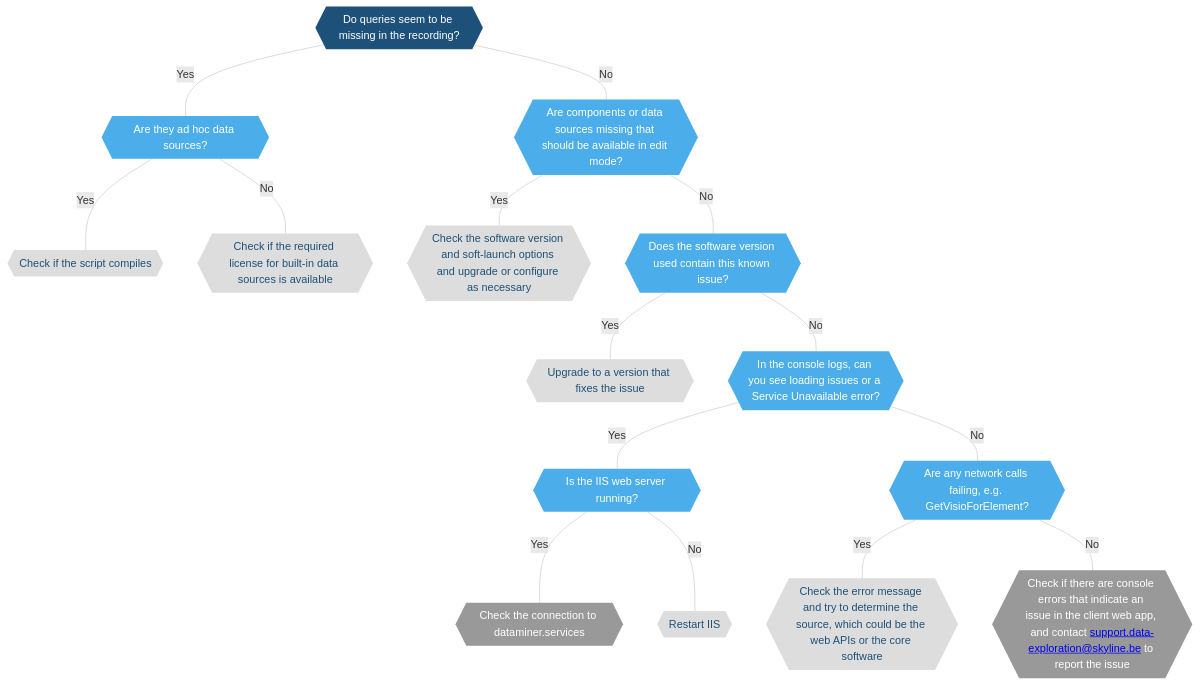
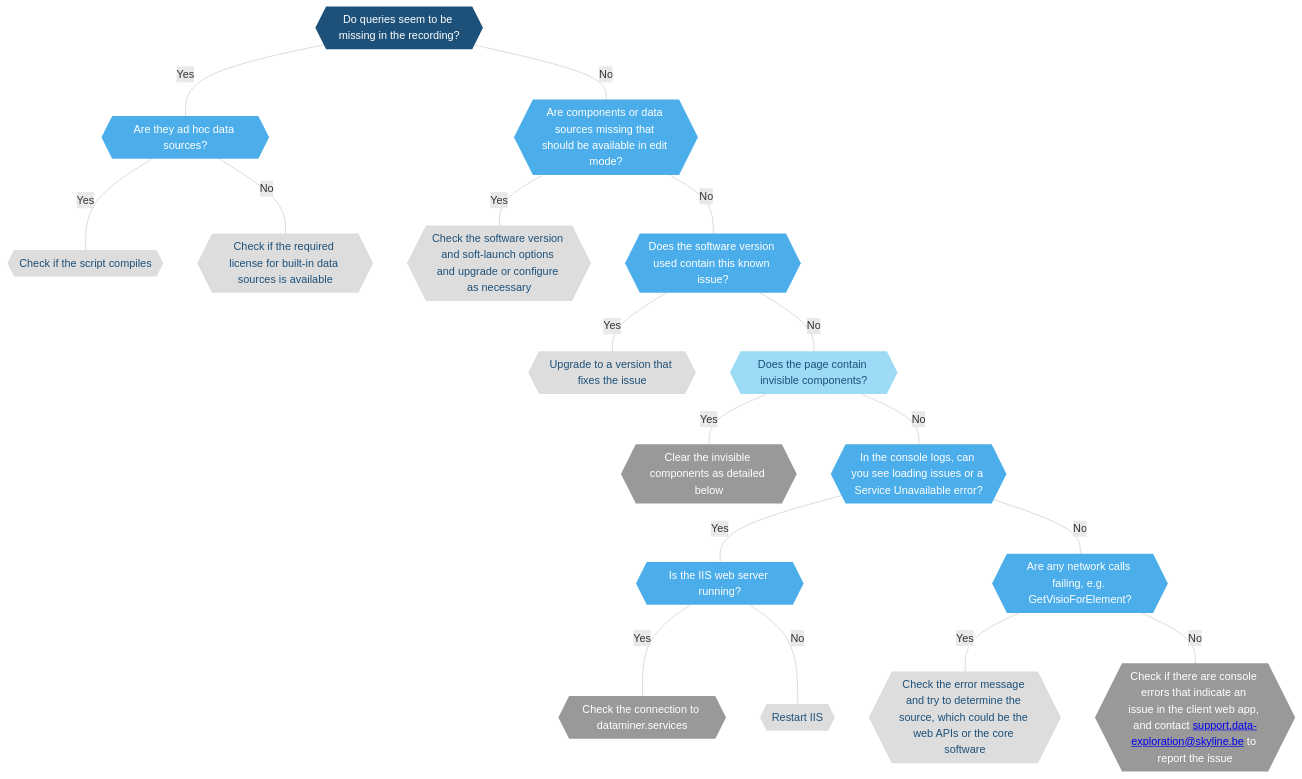
The diagram in user-guide/Troubleshooting/Troubleshooting_Flowcharts/Troubleshooting_Webapps.md (SkylineCommunications/dataminer-docs), drawn with Mermaid before and after one commit. The commit also changed other lines of this file, not shown here.

````diff
--- a/user-guide/Troubleshooting/Troubleshooting_Flowcharts/Troubleshooting_Webapps.md
+++ b/user-guide/Troubleshooting/Troubleshooting_Flowcharts/Troubleshooting_Webapps.md
@@ -11,49 +11,55 @@
 ```mermaid
 flowchart TD
 %% Define styles %%
 linkStyle default stroke:#cccccc
 classDef classTerminal fill:#1e5179,stroke:#1e5179,color:#ffffff,stroke-width:0px;
 classDef classDecision fill:#4baeea,stroke:#4baeea,color:#ffffff,stroke-width:0px;
 classDef classExternalRef fill:#9ddaf5,stroke:#9ddaf5,color:#1E5179,stroke-width:0px;
 classDef classActionClickable fill:#999999,stroke:#999999,color:#ffffff,stroke-width:0px;
 classDef classAction fill:#dddddd,stroke:#dddddd,color:#1E5179,stroke-width:0px;
 %% Define blocks %%
 START{{Do queries seem to be missing in the recording?}}
 Adhocdatasource{{Are they ad hoc data sources?}}
 ScriptCompiles{{Check if the script compiles}}
 LicenseAvailable{{Check if the required license for built-in data sources is available}}
 MissingComponents{{Are components or data sources missing that should be available in edit mode?}}
 CheckSoftLaunch{{Check the software version and soft-launch options and upgrade or configure as necessary}}
 KnownIssue{{Does the software version used contain this known issue?}}
 UpgradeToFix{{Upgrade to a version that fixes the issue}}
+InvisibleComponents{{Does the page contain invisible components?}}
+ClearInvisibleComponents{{Clear the invisible components as detailed below}}
 LoadingIssues{{In the console logs, can you see loading issues or a Service Unavailable error?}}
 IISRunning{{Is the IIS web server running?}}
 CheckCloudConnection{{Check the connection to dataminer.services}}
 RestartIIS{{Restart IIS}}
 FailingCalls{{Are any network calls failing, e.g. GetVisioForElement?}}
 CheckErrorMessage{{Check the error message and try to determine the source, which could be the web APIs or the core software}}
 CheckConsoleErrors{{Check if there are console errors that indicate an issue in the client web app, and contact <a href="mailto:support.data-exploration@skyline.be">support.data-exploration@skyline.be</a> to report the issue}}
 %% Connect blocks %%
 START --- |Yes|Adhocdatasource
 START --- |No|MissingComponents
 Adhocdatasource --- |Yes|ScriptCompiles
 Adhocdatasource --- |No|LicenseAvailable
 MissingComponents --- |Yes|CheckSoftLaunch
 MissingComponents --- |No|KnownIssue
 KnownIssue --- |Yes|UpgradeToFix
-KnownIssue --- |No|LoadingIssues
+KnownIssue --- |No|InvisibleComponents
+InvisibleComponents --- |Yes|ClearInvisibleComponents
+InvisibleComponents --- |No|LoadingIssues
 LoadingIssues --- |Yes|IISRunning
 LoadingIssues --- |No|FailingCalls
 IISRunning --- |Yes|CheckCloudConnection
 IISRunning --- |No|RestartIIS
 FailingCalls --- |Yes|CheckErrorMessage
 FailingCalls --- |No|CheckConsoleErrors
 %% Define hyperlinks %%
 click CheckCloudConnection "/user-guide/Troubleshooting/Procedures/Cloud_Connection_Issues.html" "dataminer.services troubleshooting"
+click InvisibleComponents "#dealing-with-invisible-components" "Dealing with invisible components"
+click ClearInvisibleComponents "#dealing-with-invisible-components" "Dealing with invisible components"
 %% Apply styles to blocks %%
 class START classTerminal;
 class Adhocdatasource,MissingComponents,KnownIssue,LoadingIssues,IISRunning,FailingCalls classDecision;
-%%class classExternalRef;
-class CheckCloudConnection,CheckConsoleErrors classActionClickable;
+class InvisibleComponents classExternalRef;
+class CheckCloudConnection,CheckConsoleErrors,ClearInvisibleComponents classActionClickable;
 class ScriptCompiles,LicenseAvailable,CheckSoftLaunch,UpgradeToFix,RestartIIS,CheckErrorMessage classAction;
 ```
````
